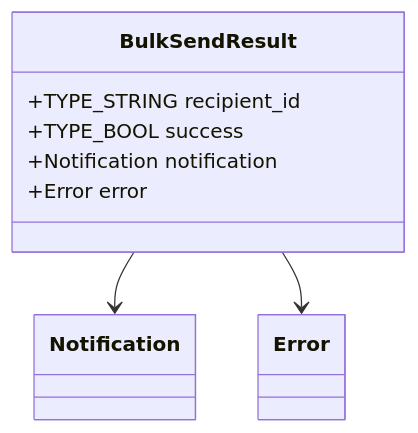
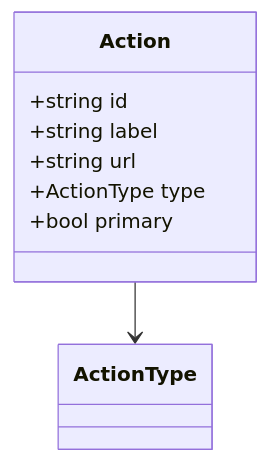
One commit to kyivinua/root changed diagram 14 of 37 in test-monorepo/docs/consolidated/NotificationService.md. Above: the diagram before and after it, drawn with Mermaid. The commit also changed other lines of this file and 5 other files, not shown here.

````diff
--- a/test-monorepo/docs/consolidated/NotificationService.md
+++ b/test-monorepo/docs/consolidated/NotificationService.md
@@ -510,11 +670,11 @@
 ```mermaid
 classDiagram
-    class BulkSendResult {
-        +TYPE_STRING recipient_id
-        +TYPE_BOOL success
-        +Notification notification
-        +Error error
+    class Action {
+        +string id
+        +string label
+        +string url
+        +ActionType type
+        +bool primary
     }
-    BulkSendResult --> Notification
-    BulkSendResult --> Error
+    Action --> ActionType
 ```
````
